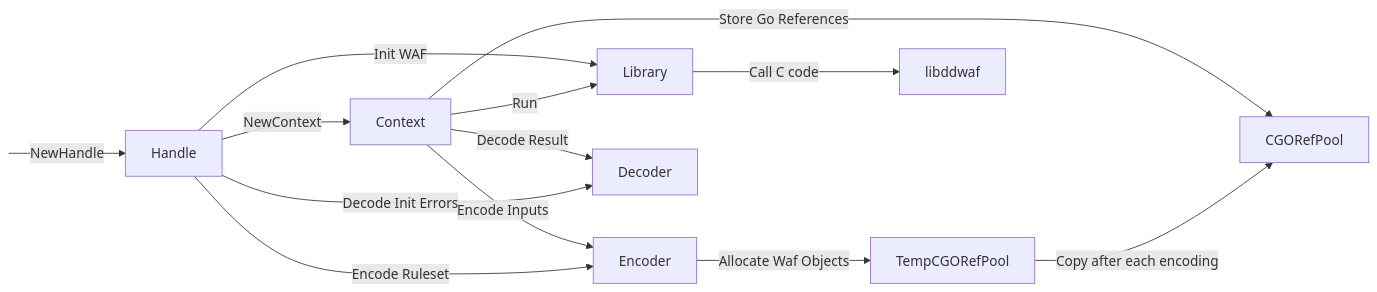
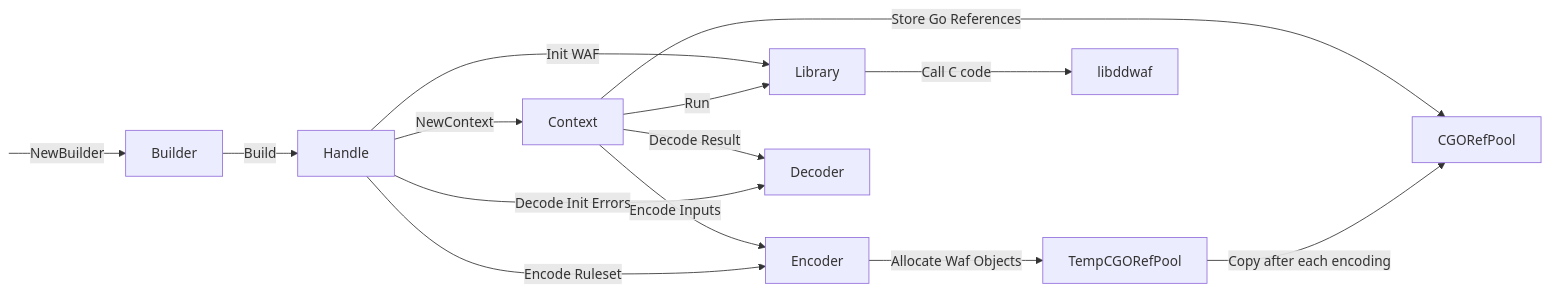
Before and after one commit to DataDog/go-libddwaf: the diagram in README.md, drawn with Mermaid. The commit also changed other lines of this file and 44 other files, not shown here.

````diff
--- a/README.md
+++ b/README.md
@@ -75,24 +84,25 @@
 ```mermaid
 flowchart LR
+    START:::hidden -->|NewBuilder| Builder -->|Build| Handle
 
-    START:::hidden -->|NewHandle| Handle -->|NewContext| Context
+    Handle -->|NewContext| Context
 
     Context -->|Encode Inputs| Encoder
 
     Handle -->|Encode Ruleset| Encoder
     Handle -->|Init WAF| Library
     Context -->|Decode Result| Decoder
 
     Handle -->|Decode Init Errors| Decoder
 
     Context -->|Run| Library
     Context -->|Store Go References| CGORefPool
 
     Encoder -->|Allocate Waf Objects| TempCGORefPool
 
     TempCGORefPool -->|Copy after each encoding| CGORefPool
 
     Library -->|Call C code| libddwaf
 
     classDef hidden display: none;
 ```
````
